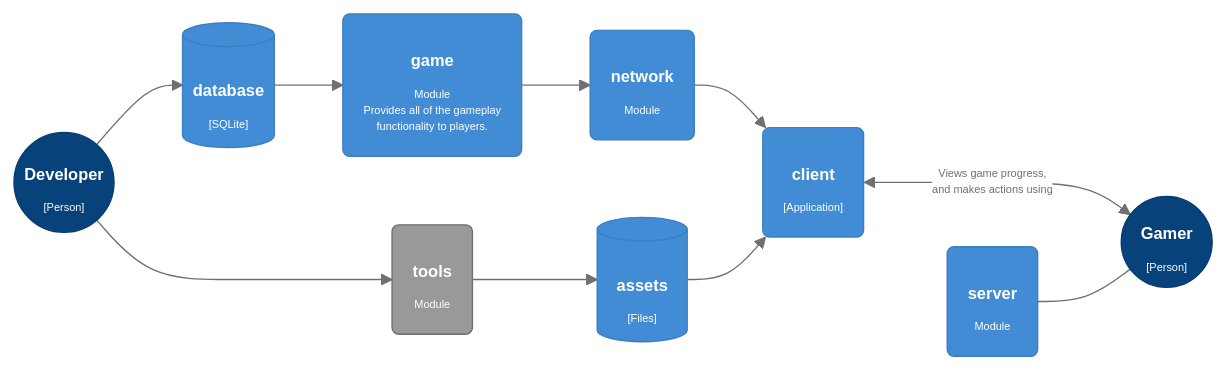
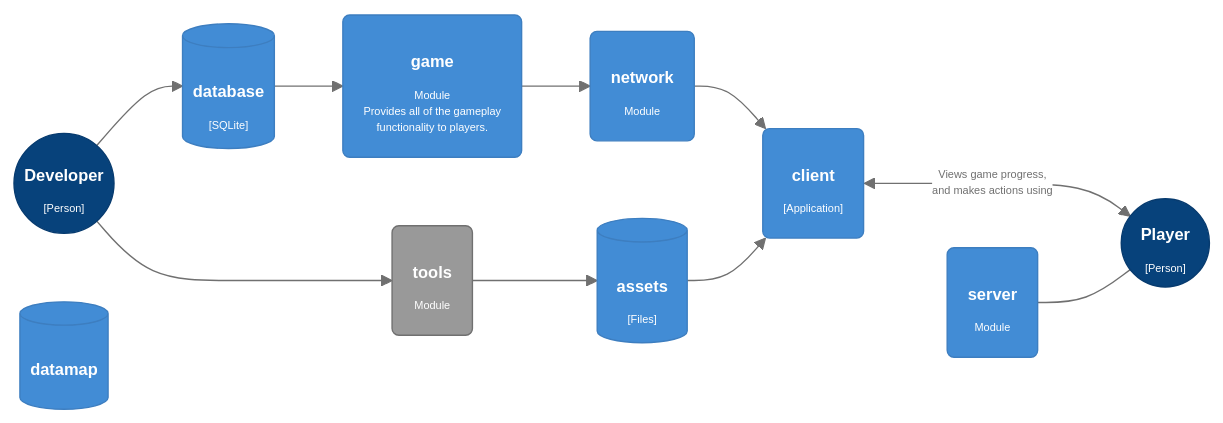
The diagram in README.md (lebedec/farmisto), drawn with Mermaid before and after one commit. The commit also changed other lines of this file and 22 other files, not shown here.

Commit message:
desribe meaning of database, extract ORM to datamap crate, rename game_derive

````diff
--- a/README.md
+++ b/README.md
@@ -3,46 +3,47 @@
 ```mermaid
 %%{init: {'theme': 'base', 'themeVariables': {
   'primaryColor': '#428cd5',
   'primaryBorderColor': '#3d7ec0',
   'secondaryColor': 'white',
   'tertiaryColor': 'yellow',
   'lineColor': '#707070',
   'primaryTextColor': '#707070',
   'tertiaryTextColor': 'red',
   'textColor': '#707070',
   'background': 'white',
   'fontSize': '8px',
   'fontFamily': 'ui-monospace,SFMono-Regular,SF Mono,Menlo,Consolas,Liberation Mono,monospace'
   }}
 }%%
 flowchart LR;
-	gamer(("<h2>&nbsp Gamer &nbsp</h2>[Person]")):::person
+	player(("<h2>&nbsp Player &nbsp</h2>[Person]")):::person
 	developer(("<h2>Developer</h2>[Person]")):::person
 	assets[(<h2>&nbsp assets  &nbsp</h2>&#91Files&#93)]:::component
 	database[(<h2>database</h2>&#91SQLite&#93)]:::component
+	datamap[(<h2>datamap</h2>)]:::component
 	game(<h2>game</h2>Module<br/>Provides all of the gameplay<br/> functionality to players.):::component
 	network(<h2>network</h2>Module):::component
 	server(<h2>server</h2>Module):::component
 	client("<h2>client</h2>[Application]"):::component
 	tools(<h2>tools</h2>Module):::external
 	
 	developer --> database;
 	developer --> tools --> assets;
 	
 	database --> game;
 	
 	
 	game-->network-->client;
 		assets --> client;
 	
 
-	client <-- "Views game progress,<br/>and makes actions using" ---> gamer;
+	client <-- "Views game progress,<br/>and makes actions using" ---> player;
 
-    server---gamer;
+    server---player;
 
 	classDef person fill:#07427b,stroke:#073b6f,color:white
 	classDef component color:white
 	classDef external fill:#999999,stroke:#707070,color:white
 	
 	click database "https://github.com/lebedec/farmisto/tree/main/database"
 ```
````
